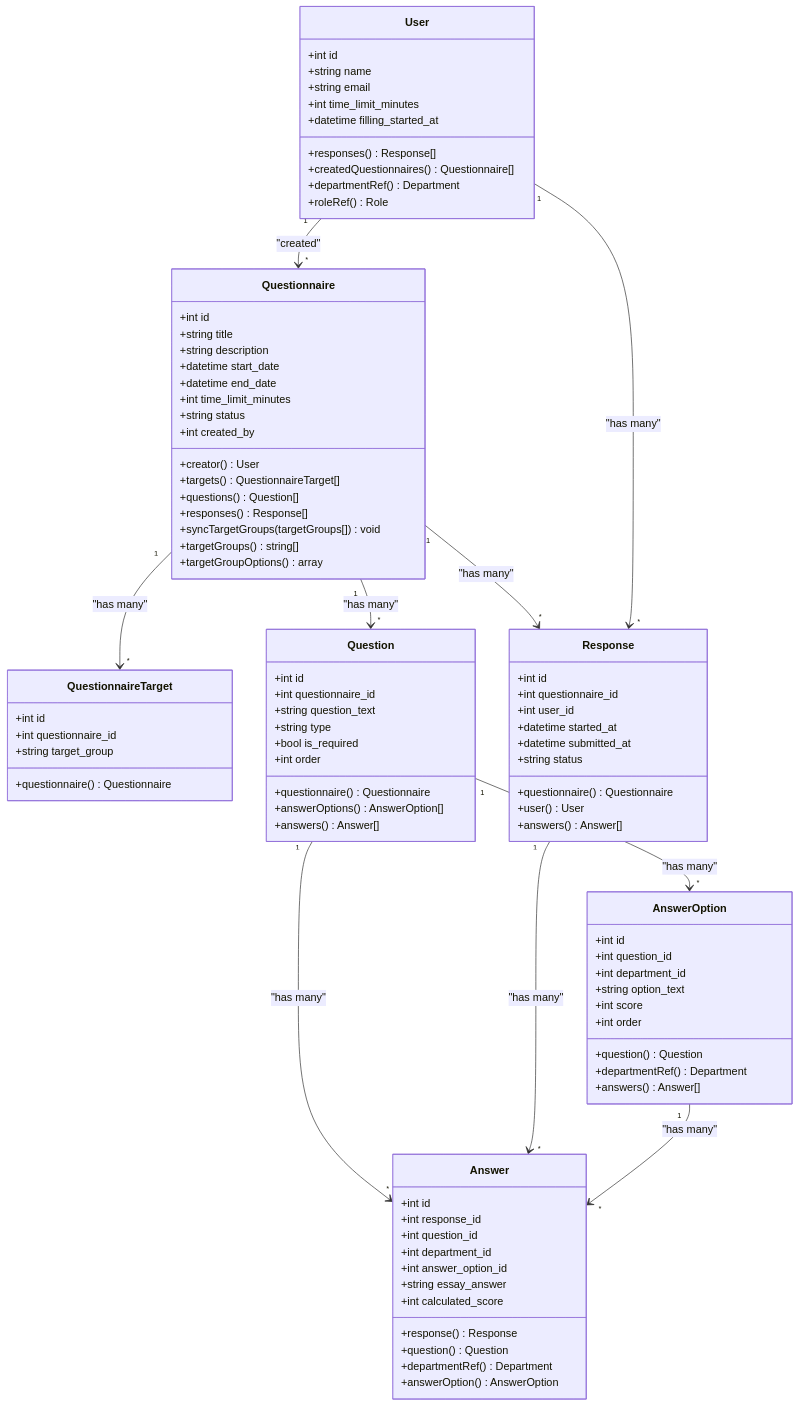
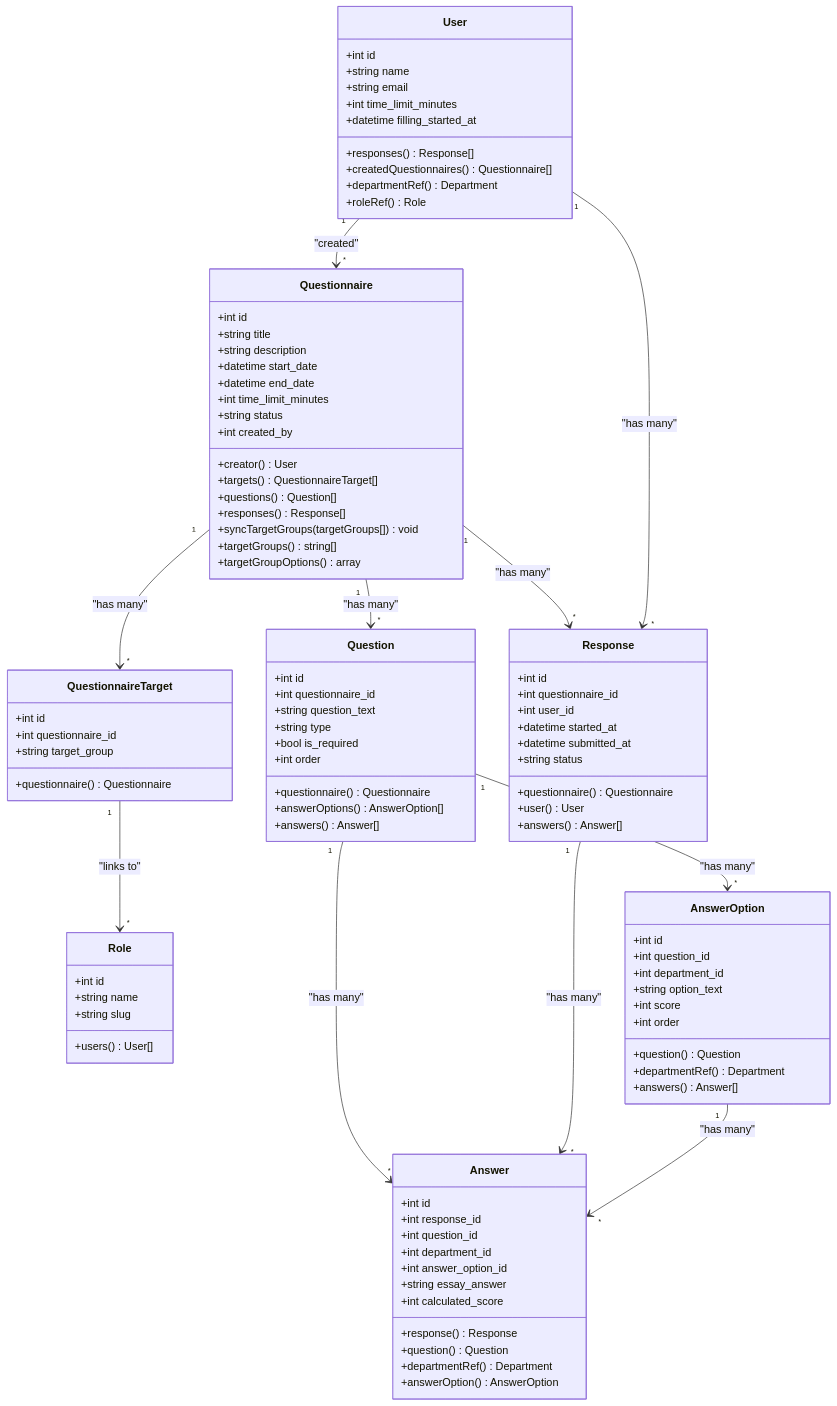
One commit to rudicatsmile/assesment360 changed the second of 9 diagrams in .qoder/repowiki/en/content/Core Features/Questionnaire Management/Questionnaire Management.md. Above: the diagram before and after it, drawn with Mermaid. The commit also changed other lines of this file and 5 other files, not shown here.

```diff
--- a/.qoder/repowiki/en/content/Core Features/Questionnaire Management/Questionnaire Management.md
+++ b/.qoder/repowiki/en/content/Core Features/Questionnaire Management/Questionnaire Management.md
@@ -193,6 +212,12 @@
 +int questionnaire_id
 +string target_group
 +questionnaire() Questionnaire
+}
+class Role {
++int id
++string name
++string slug
++users() User[]
 }
 class Question {
 +int id
@@ -253,6 +278,7 @@
 }
 Questionnaire "1" --> "*" Question : "has many"
 Questionnaire "1" --> "*" QuestionnaireTarget : "has many"
+QuestionnaireTarget "1" --> "*" Role : "links to"
 Question "1" --> "*" AnswerOption : "has many"
 Question "1" --> "*" Answer : "has many"
 Questionnaire "1" --> "*" Response : "has many"
```
